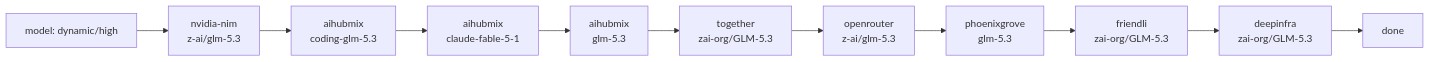
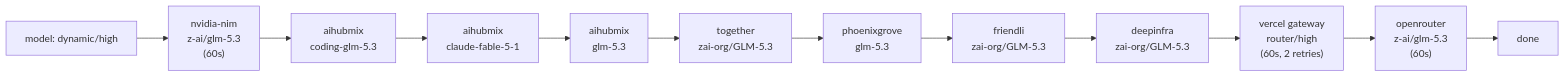
One commit to phillias/dotfiles changed the third of 18 diagrams in dot_agents/skills/provider-catalog/references/ROUTING_TOPOLOGY.md. Above: the diagram before and after it, drawn with Mermaid. The commit also changed other lines of this file, not shown here.

First line of the commit message:
docs(provider-catalog): refresh TUI/high/Vercel flowcharts to 2026-10-25 live state

````diff
--- a/dot_agents/skills/provider-catalog/references/ROUTING_TOPOLOGY.md
+++ b/dot_agents/skills/provider-catalog/references/ROUTING_TOPOLOGY.md
@@ -83,4 +94,4 @@
 ```mermaid
 flowchart LR
-    in["model: dynamic/high"] --> h0["nvidia-nim<br/>z-ai/glm-5.3"] --> h1["aihubmix<br/>coding-glm-5.3"] --> h2["aihubmix<br/>claude-fable-5-1"] --> h3["aihubmix<br/>glm-5.3"] --> h4["together<br/>zai-org/GLM-5.3"] --> h5["openrouter<br/>z-ai/glm-5.3"] --> h6["phoenixgrove<br/>glm-5.3"] --> h7["friendli<br/>zai-org/GLM-5.3"] --> h8["deepinfra<br/>zai-org/GLM-5.3"] --> done[done]
+    in["model: dynamic/high"] --> h0["nvidia-nim<br/>z-ai/glm-5.3<br/>(60s)"] --> h1["aihubmix<br/>coding-glm-5.3"] --> h2["aihubmix<br/>claude-fable-5-1"] --> h3["aihubmix<br/>glm-5.3"] --> h4["together<br/>zai-org/GLM-5.3"] --> h5["phoenixgrove<br/>glm-5.3"] --> h6["friendli<br/>zai-org/GLM-5.3"] --> h7["deepinfra<br/>zai-org/GLM-5.3"] --> h8["vercel gateway<br/>router/high<br/>(60s, 2 retries)"] --> h9["openrouter<br/>z-ai/glm-5.3<br/>(60s)"] --> done[done]
 ```
````
